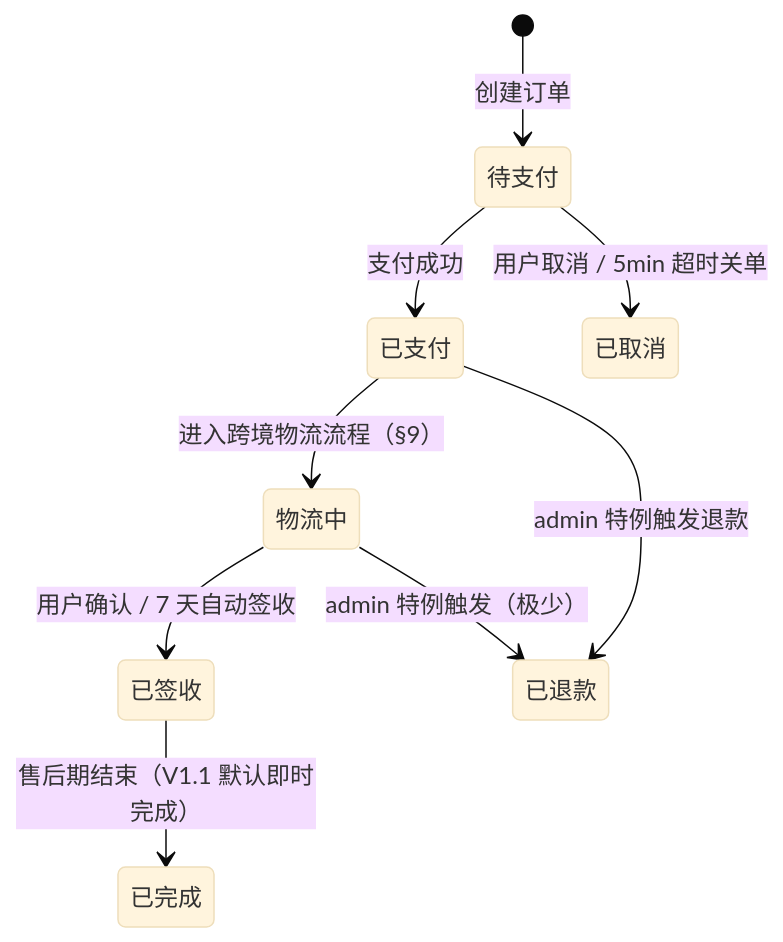
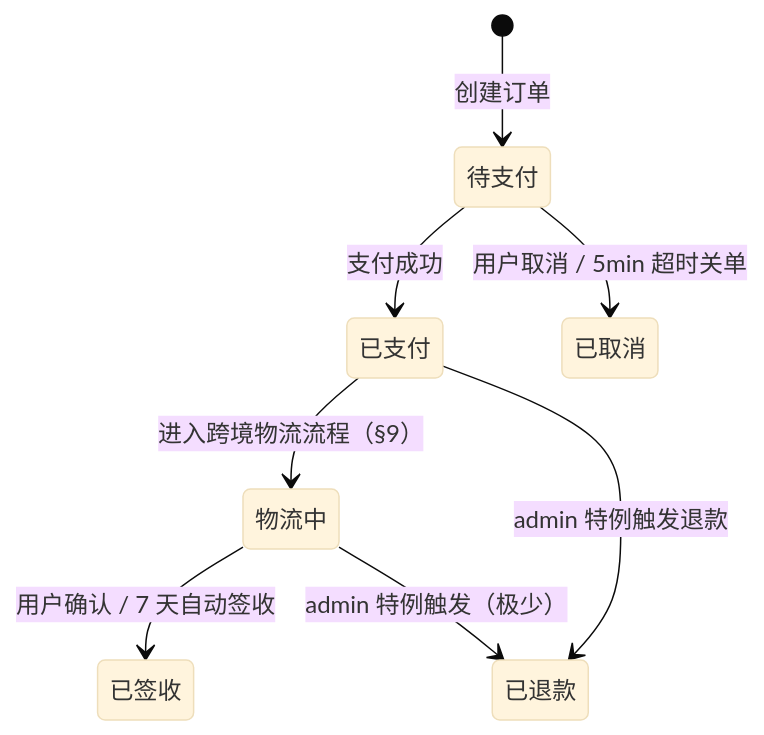
One commit to sengsengran-guzi/doc changed the seventh of 12 diagrams in 10-业务流权威图.md. Above: the diagram before and after it, drawn with Mermaid (base theme). The commit also changed other lines of this file and 108 other files, not shown here.

````diff
--- a/10-业务流权威图.md
+++ b/10-业务流权威图.md
@@ -615,11 +624,10 @@
 ```mermaid
 stateDiagram-v2
     [*] --> 待支付: 创建订单
     待支付 --> 已支付: 支付成功
     待支付 --> 已取消: 用户取消 / 5min 超时关单
     已支付 --> 物流中: 进入跨境物流流程（§9）
     物流中 --> 已签收: 用户确认 / 7 天自动签收
-    已签收 --> 已完成: 售后期结束（V1.1 默认即时完成）
     已支付 --> 已退款: admin 特例触发退款
     物流中 --> 已退款: admin 特例触发（极少）
 ```
````
